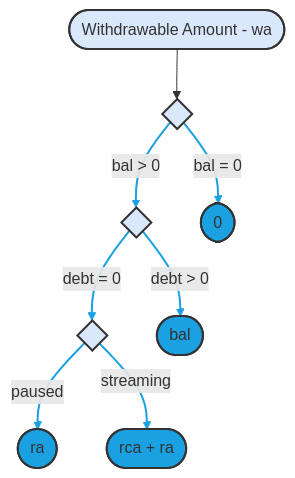
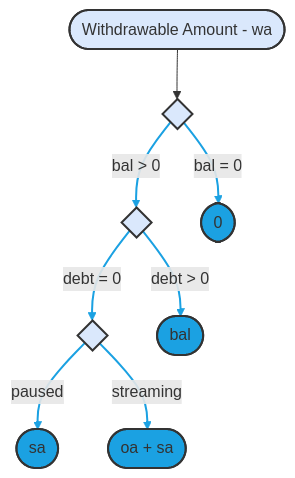
The sixth of 8 diagrams in diagrams.md (sablier-labs/flow), drawn with Mermaid before and after one commit. The commit also changed other lines of this file and 45 other files, not shown here.

````diff
--- a/diagrams.md
+++ b/diagrams.md
@@ -195,24 +195,24 @@
 ```mermaid
 flowchart TD
     di0{ }:::blue0
     di1{ }:::blue0
     di2{ }:::blue0
     wa([Withdrawable Amount - wa]):::blue0
     res_0([0 ]):::blue1
     res_bal([bal]):::blue1
-    res_ra([ra]):::blue1
-    res_sum([rca + ra]):::blue1
+    res_ra([sa]):::blue1
+    res_sum([oa + sa]):::blue1
 
 
     wa --> di0
     di0 -- "bal = 0" --> res_0
     di0 -- "bal > 0" --> di1
     di1 -- "debt > 0" --> res_bal
     di1 -- "debt = 0" --> di2
     di2 -- "paused" --> res_ra
     di2 -- "streaming" --> res_sum
 
     classDef blue0 fill:#DAE8FC,stroke:#333,stroke-width:2px;
     classDef blue1 fill:#1BA1E2,stroke:#333,stroke-width:2px;
     linkStyle 1,2,3,4,5,6 stroke:#1BA1E2,stroke-width:2px
 ```
````
